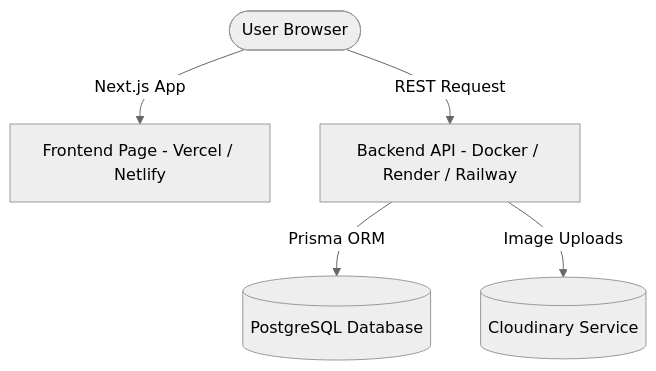
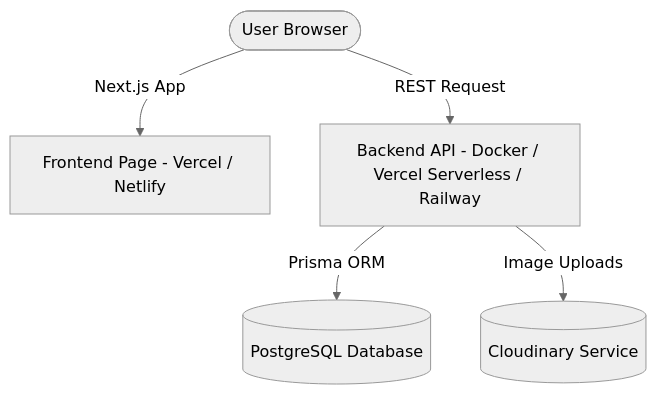
One commit to nath-277/Eduportal changed the diagram in deployment_guide.md. Above: the diagram before and after it, drawn with Mermaid (neutral theme). The commit also changed other lines of this file, not shown here.

Commit message:
docs(deploy): update vercel build command instructions for hono

````diff
--- a/deployment_guide.md
+++ b/deployment_guide.md
@@ -9,7 +9,7 @@
 ```mermaid
 graph TD
     User([User Browser]) -->|Next.js App| Frontend[Frontend Page - Vercel / Netlify]
-    User -->|REST Request| API[Backend API - Docker / Render / Railway]
+    User -->|REST Request| API[Backend API - Docker / Vercel Serverless / Railway]
     API -->|Prisma ORM| Database[(PostgreSQL Database)]
     API -->|Image Uploads| Cloudinary[(Cloudinary Service)]
 ```
````
